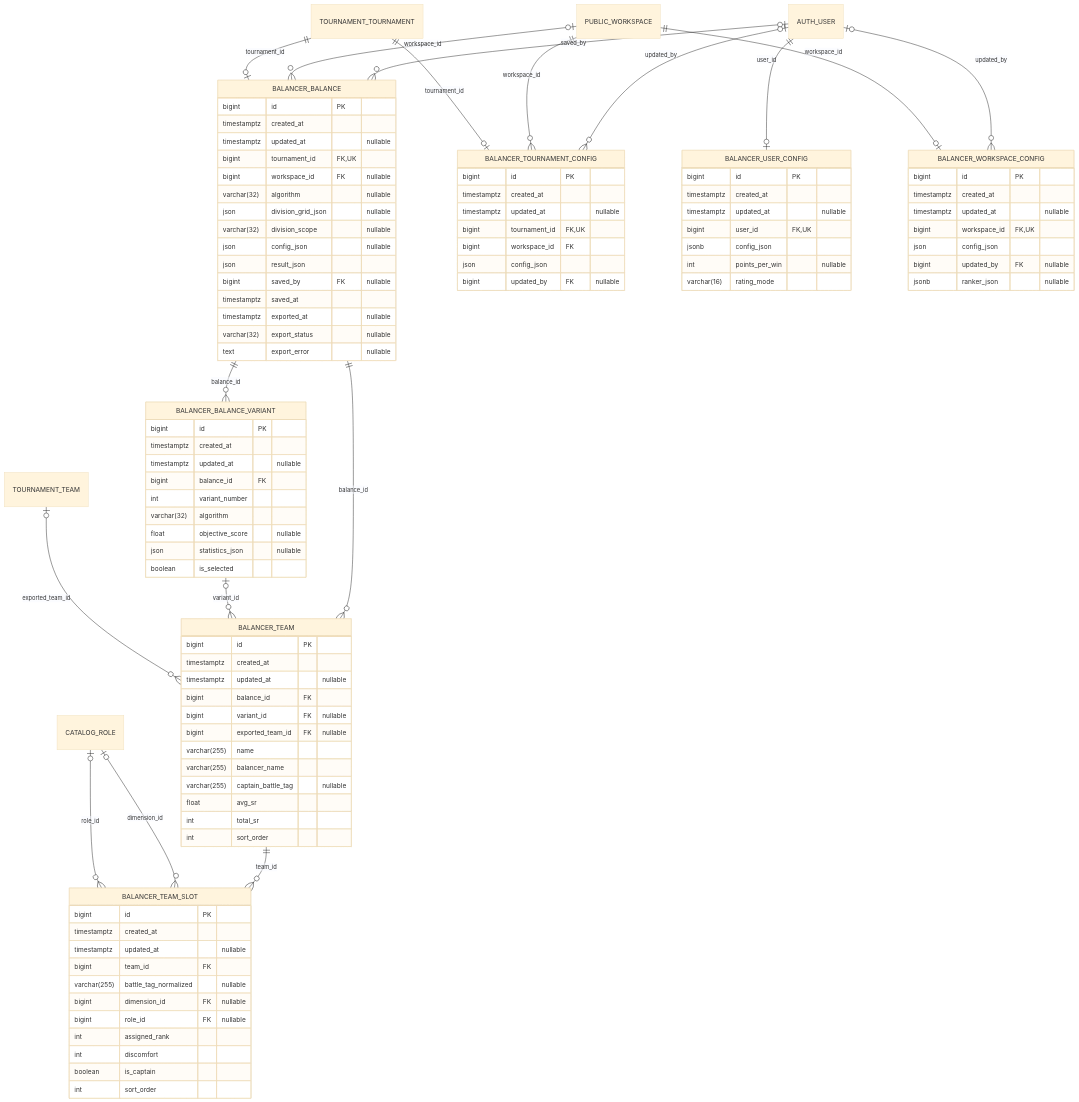
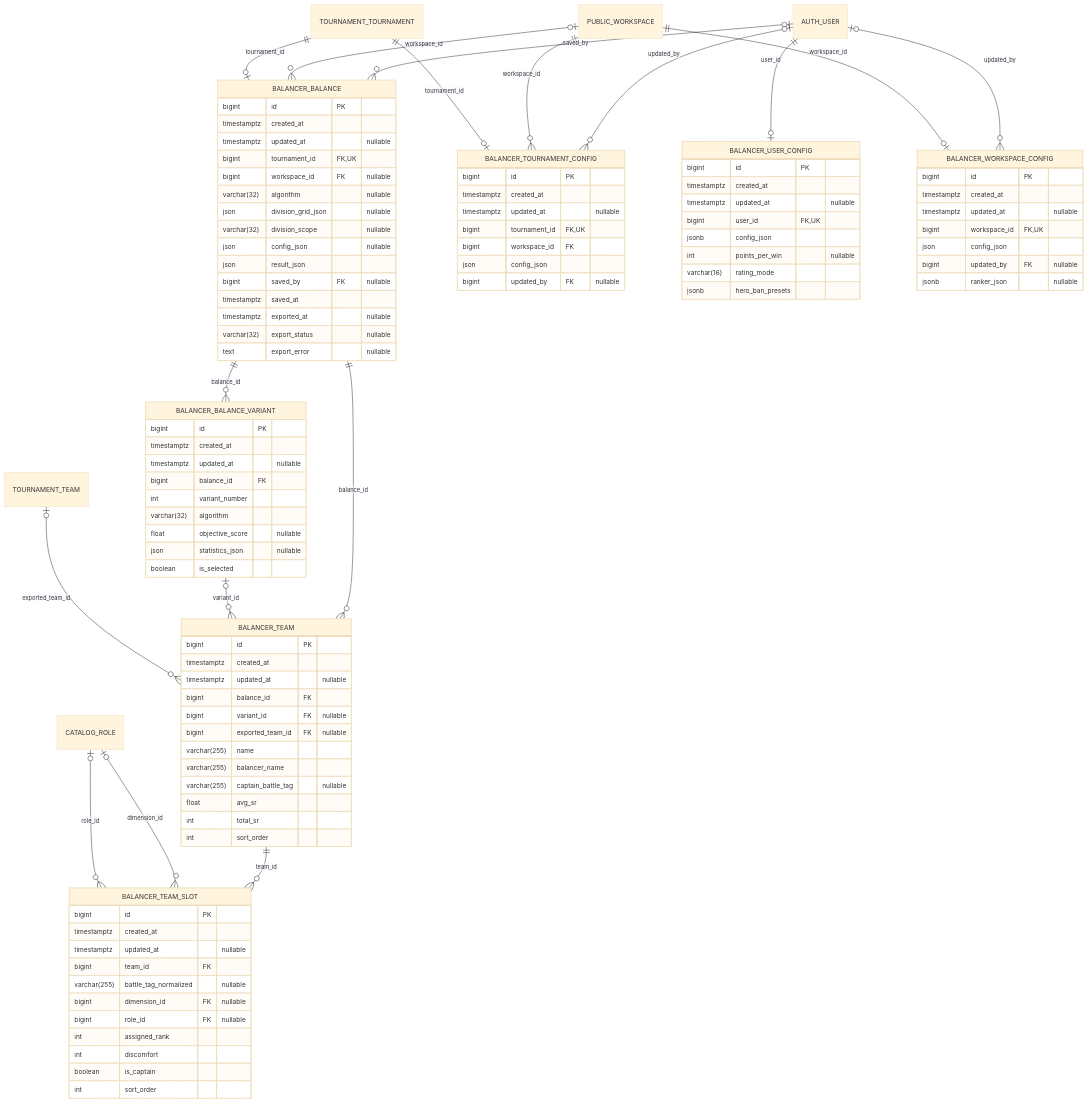
Before and after one commit to CraazzzyyFoxx/anak-tournaments: diagram 12 of 21 in docs/database_erd.md, drawn with Mermaid (base theme). The commit also changed other lines of this file and 24 other files, not shown here.

Commit message:
feat(mix): a mix carries a hero ban preset, seeded from the host's default for its game

```diff
--- a/docs/database_erd.md
+++ b/docs/database_erd.md
@@ -2218,6 +2218,7 @@
         jsonb config_json
         int points_per_win "nullable"
         varchar(16) rating_mode
+        jsonb hero_ban_presets
     }
     BALANCER_WORKSPACE_CONFIG {
         bigint id PK
```
